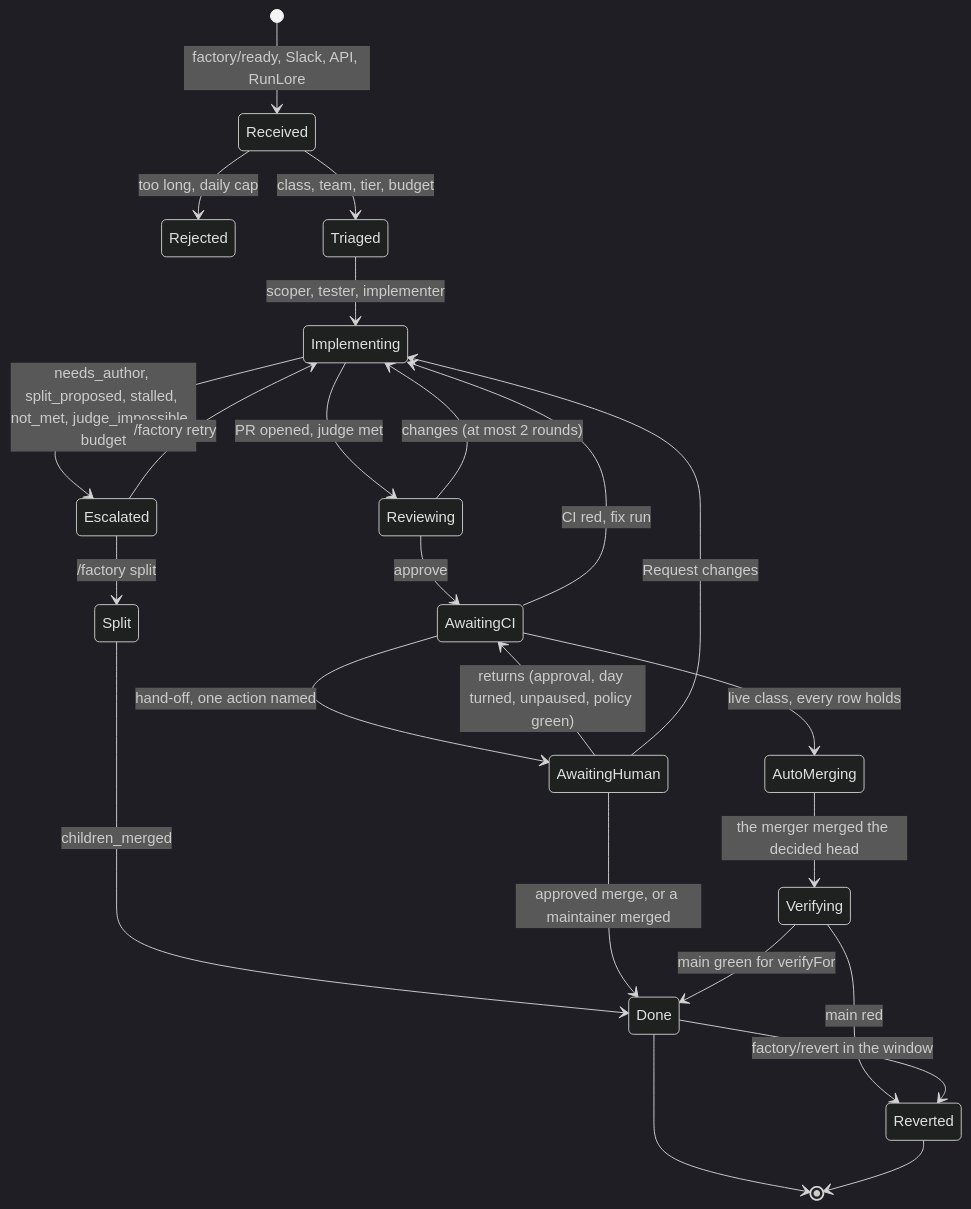
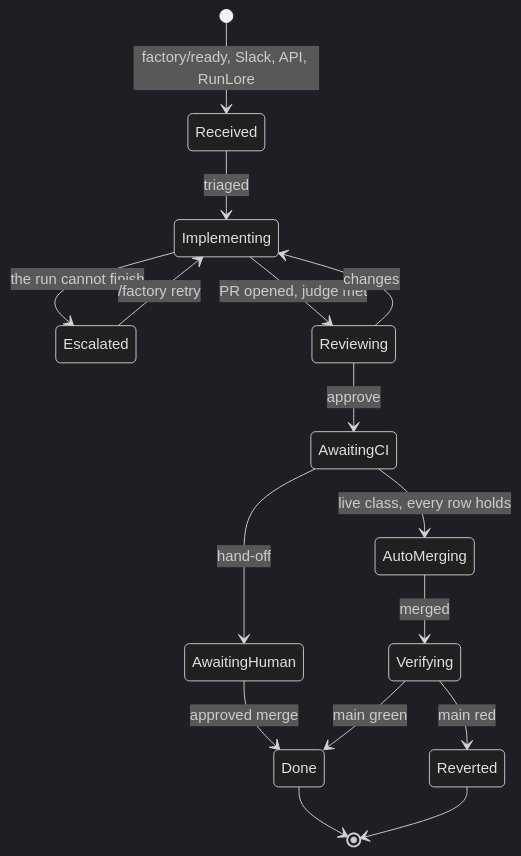
Before and after one commit to Smana/ai-native-ref: the second of 4 diagrams in website/content/docs/platform/ai-platform/agents/how-it-works/agents-and-merge-gate.md, drawn with Mermaid (dark theme). The commit also changed other lines of this file and 4 other files, not shown here.

First line of the commit message:
docs(site): reshape the long mermaid diagrams so they read at page width (#278)

````diff
--- a/website/content/docs/platform/ai-platform/agents/how-it-works/agents-and-merge-gate.md
+++ b/website/content/docs/platform/ai-platform/agents/how-it-works/agents-and-merge-gate.md
@@ -88,26 +97,18 @@
 ```mermaid
 stateDiagram-v2
   [*] --> Received: factory/ready, Slack, API, RunLore
-  Received --> Rejected: too long, daily cap
-  Received --> Triaged: class, team, tier, budget
-  Triaged --> Implementing: scoper, tester, implementer
-  Implementing --> Escalated: needs_author, split_proposed, stalled, not_met, judge_impossible, budget
-  Escalated --> Split: /factory split
-  Split --> Done: children_merged
+  Received --> Implementing: triaged
+  Implementing --> Escalated: the run cannot finish
   Escalated --> Implementing: /factory retry
   Implementing --> Reviewing: PR opened, judge met
-  Reviewing --> Implementing: changes (at most 2 rounds)
+  Reviewing --> Implementing: changes
   Reviewing --> AwaitingCI: approve
-  AwaitingCI --> Implementing: CI red, fix run
   AwaitingCI --> AutoMerging: live class, every row holds
-  AwaitingCI --> AwaitingHuman: hand-off, one action named
-  AwaitingHuman --> AwaitingCI: returns (approval, day turned, unpaused, policy green)
-  AwaitingHuman --> Implementing: Request changes
-  AwaitingHuman --> Done: approved merge, or a maintainer merged
-  AutoMerging --> Verifying: the merger merged the decided head
-  Verifying --> Done: main green for verifyFor
+  AwaitingCI --> AwaitingHuman: hand-off
+  AwaitingHuman --> Done: approved merge
+  AutoMerging --> Verifying: merged
+  Verifying --> Done: main green
   Verifying --> Reverted: main red
-  Done --> Reverted: factory/revert in the window
   Done --> [*]
   Reverted --> [*]
 ```
````
